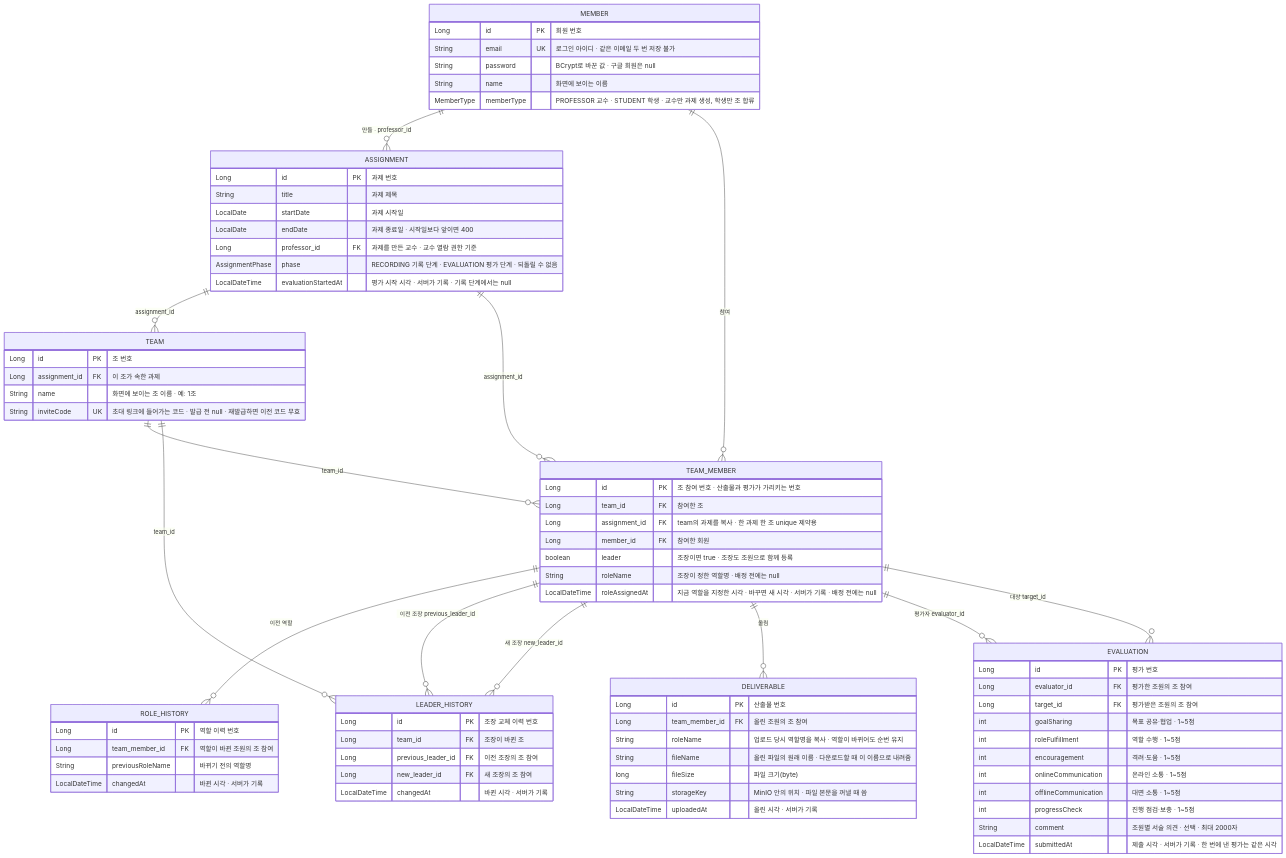
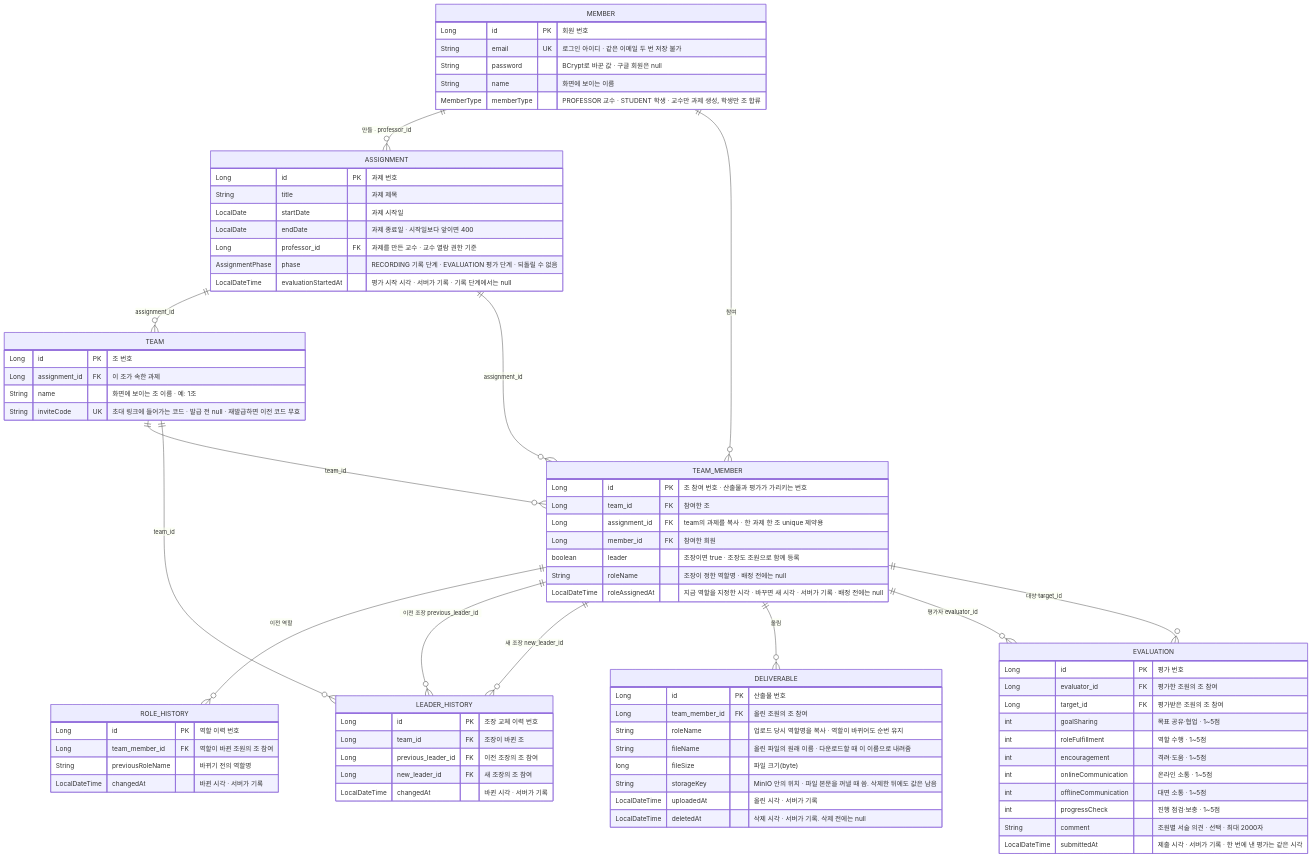
One commit to Pyrite9/footprint-demo changed the sixth of 6 diagrams in docs/architecture.md. Above: the diagram before and after it, drawn with Mermaid. The commit also changed other lines of this file and 25 other files, not shown here.

```diff
--- a/docs/architecture.md
+++ b/docs/architecture.md
@@ -264,8 +264,9 @@
         String roleName "업로드 당시 역할명을 복사 · 역할이 바뀌어도 순번 유지"
         String fileName "올린 파일의 원래 이름 · 다운로드할 때 이 이름으로 내려줌"
         long fileSize "파일 크기(byte)"
-        String storageKey "MinIO 안의 위치 · 파일 본문을 꺼낼 때 씀"
+        String storageKey "MinIO 안의 위치 · 파일 본문을 꺼낼 때 씀. 삭제한 뒤에도 값은 남음"
         LocalDateTime uploadedAt "올린 시각 · 서버가 기록"
+        LocalDateTime deletedAt "삭제 시각 · 서버가 기록. 삭제 전에는 null"
     }
     EVALUATION {
         Long id PK "평가 번호"
```
